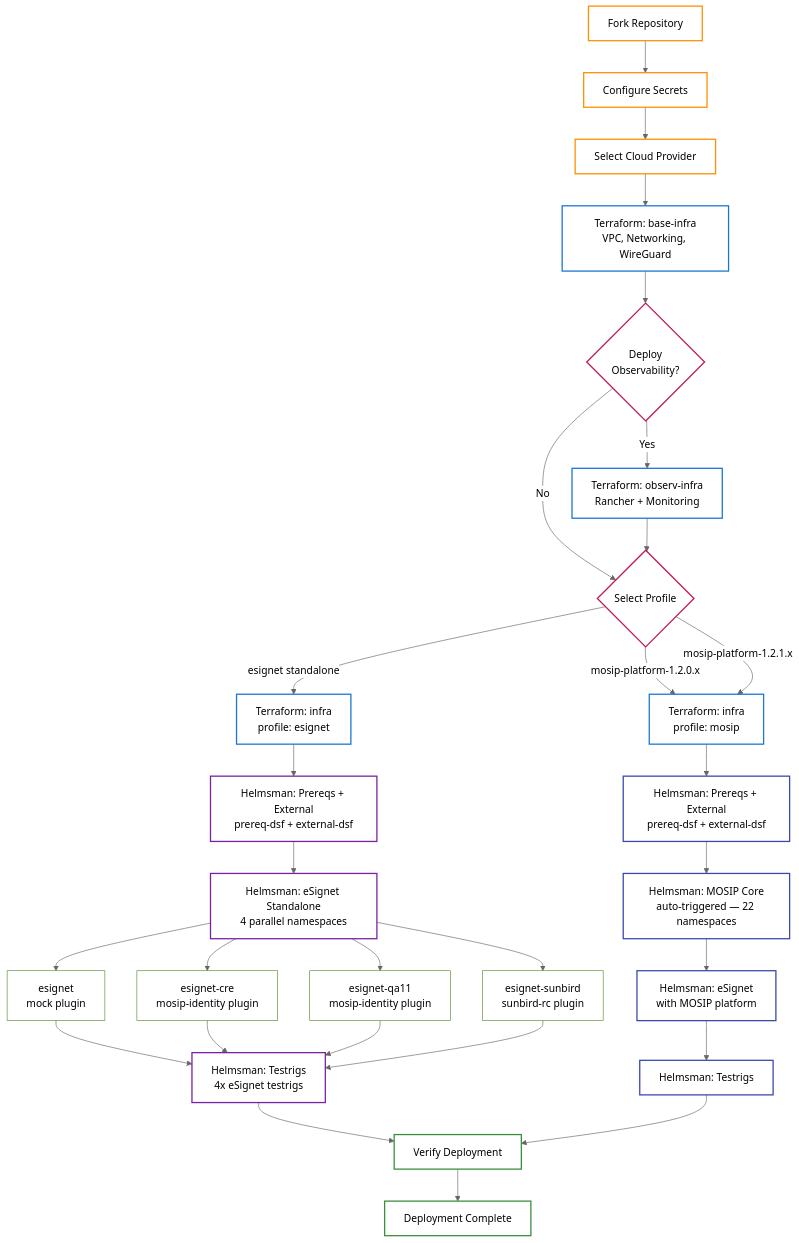
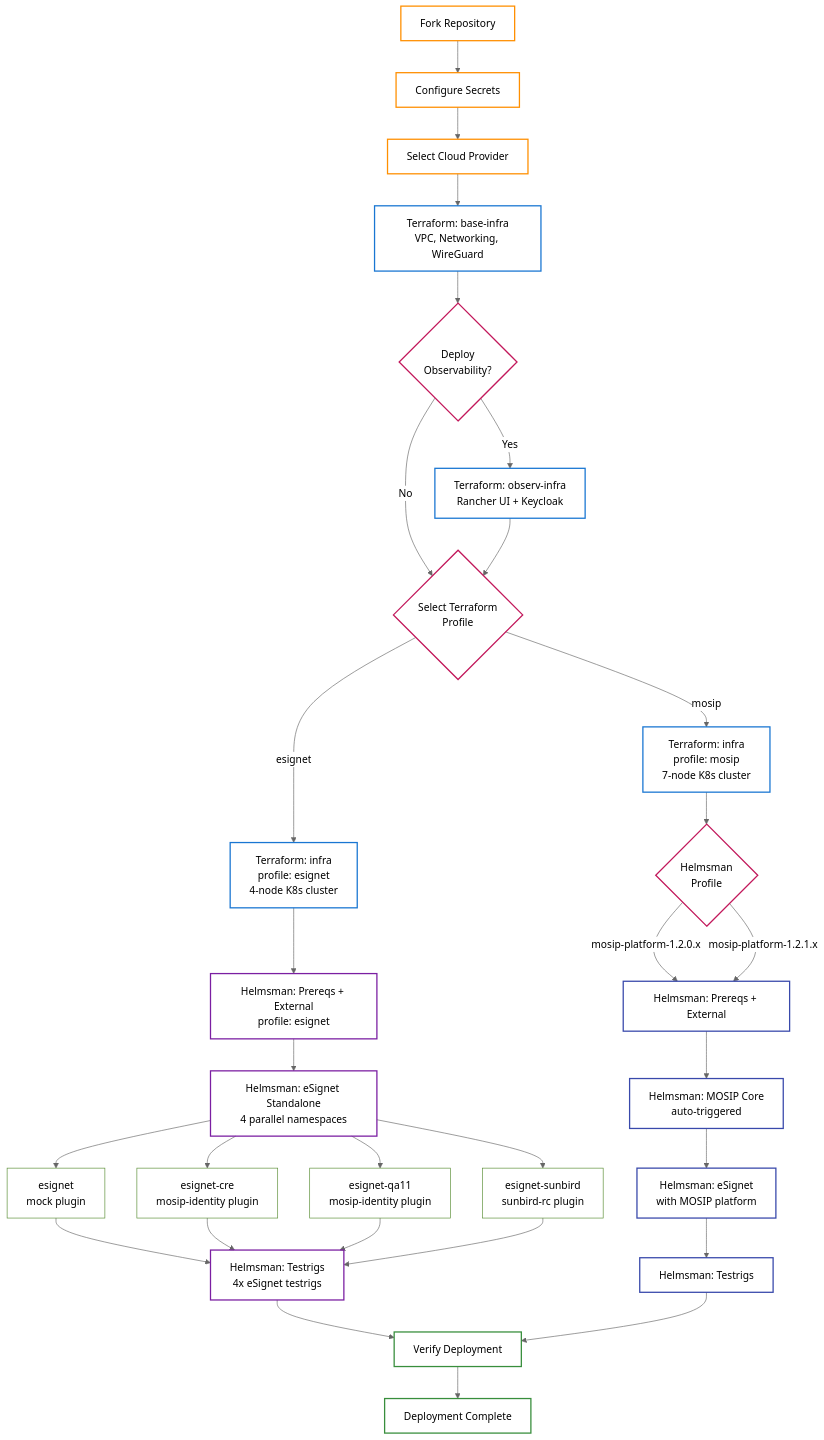
The diagram in README.md (mosip/infra), drawn with Mermaid before and after one commit.

Commit message:
docs: clarify profile split between Terraform and Helmsman in deployment diagram
- Terraform profile esignet -> 4-node cluster; mosip -> 7-node cluster
- Helmsman profile selection for mosip path shown as separate decision node
  (mosip-platform-1.2.0.x or mosip-platform-1.2.1.x)
- eSignet Helmsman profile labelled explicitly as esignet
- Fix observ-infra label: Rancher UI + Keycloak (not Rancher + Monitoring)
- Remove namespace count from MOSIP Core node

````diff
--- a/README.md
+++ b/README.md
@@ -28,62 +28,63 @@
 ```mermaid
 %%{init: {'theme': 'neutral'}}%%
 graph TB
     %% Prerequisites
     A[Fork Repository] --> B[Configure Secrets]
     B --> C[Select Cloud Provider]
 
     %% Infrastructure Phase
     C --> D[Terraform: base-infra<br/>VPC, Networking, WireGuard]
     D --> OBS{Deploy<br/>Observability?}
-    OBS -->|Yes| F[Terraform: observ-infra<br/>Rancher + Monitoring]
+    OBS -->|Yes| F[Terraform: observ-infra<br/>Rancher UI + Keycloak]
     OBS -->|No| PS
     F --> PS
 
-    %% Profile Selection — drives both Terraform infra and Helmsman DSF
-    PS{Select Profile}
-    PS -->|esignet standalone| TF_ES[Terraform: infra<br/>profile: esignet]
-    PS -->|mosip-platform-1.2.0.x| TF_MP[Terraform: infra<br/>profile: mosip]
-    PS -->|mosip-platform-1.2.1.x| TF_MP
+    %% Terraform Profile Selection
+    PS{Select Terraform<br/>Profile}
+    PS -->|esignet| TF_ES[Terraform: infra<br/>profile: esignet<br/>4-node K8s cluster]
+    PS -->|mosip| TF_MP[Terraform: infra<br/>profile: mosip<br/>7-node K8s cluster]
 
-    %% ── eSignet Standalone Flow ──────────────────────────────
-    TF_ES --> ES_EXT[Helmsman: Prereqs + External<br/>prereq-dsf + external-dsf]
+    %% ── eSignet Standalone Flow — Helmsman profile: esignet ─────
+    TF_ES --> ES_EXT[Helmsman: Prereqs + External<br/>profile: esignet]
     ES_EXT --> ES_ESIGNET[Helmsman: eSignet Standalone<br/>4 parallel namespaces]
 
     ES_ESIGNET --> NS1[esignet<br/>mock plugin]
     ES_ESIGNET --> NS2[esignet-cre<br/>mosip-identity plugin]
     ES_ESIGNET --> NS3[esignet-qa11<br/>mosip-identity plugin]
     ES_ESIGNET --> NS4[esignet-sunbird<br/>sunbird-rc plugin]
 
     NS1 --> ES_TRIGS[Helmsman: Testrigs<br/>4x eSignet testrigs]
     NS2 --> ES_TRIGS
     NS3 --> ES_TRIGS
     NS4 --> ES_TRIGS
 
-    %% ── MOSIP Platform Flow ──────────────────────────────────
-    TF_MP --> MP_EXT[Helmsman: Prereqs + External<br/>prereq-dsf + external-dsf]
-    MP_EXT --> MP_MOSIP[Helmsman: MOSIP Core<br/>auto-triggered — 22 namespaces]
+    %% ── MOSIP Platform Flow — Helmsman profile selection ────────
+    TF_MP --> MP_VER{Helmsman<br/>Profile}
+    MP_VER -->|mosip-platform-1.2.0.x| MP_EXT[Helmsman: Prereqs + External]
+    MP_VER -->|mosip-platform-1.2.1.x| MP_EXT
+    MP_EXT --> MP_MOSIP[Helmsman: MOSIP Core<br/>auto-triggered]
     MP_MOSIP --> MP_ESIGNET[Helmsman: eSignet<br/>with MOSIP platform]
     MP_ESIGNET --> MP_TRIGS[Helmsman: Testrigs]
 
     %% Final Verification
     ES_TRIGS --> V[Verify Deployment]
     MP_TRIGS --> V
     V --> DONE[Deployment Complete]
 
     %% Styling — transparent fills for readability in both light and dark themes
     classDef prereq fill:none,stroke:#ff8f00,stroke-width:2px
     classDef terraform fill:none,stroke:#1976d2,stroke-width:2px
     classDef helmsman fill:none,stroke:#7b1fa2,stroke-width:2px
     classDef mosip fill:none,stroke:#3949ab,stroke-width:2px
     classDef ns fill:none,stroke:#558b2f,stroke-width:1px
     classDef success fill:none,stroke:#388e3c,stroke-width:2px
     classDef decision fill:none,stroke:#c2185b,stroke-width:2px
 
     class A,B,C prereq
     class D,F,TF_ES,TF_MP terraform
     class ES_EXT,ES_ESIGNET,ES_TRIGS helmsman
     class MP_EXT,MP_MOSIP,MP_ESIGNET,MP_TRIGS mosip
     class NS1,NS2,NS3,NS4 ns
     class V,DONE success
-    class OBS,PS decision
+    class OBS,PS,MP_VER decision
 ```
````
